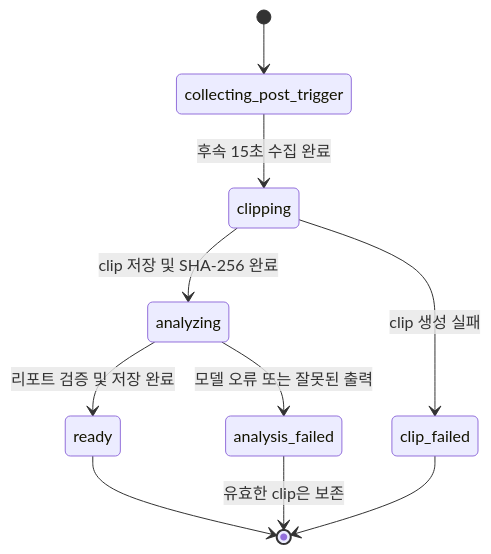
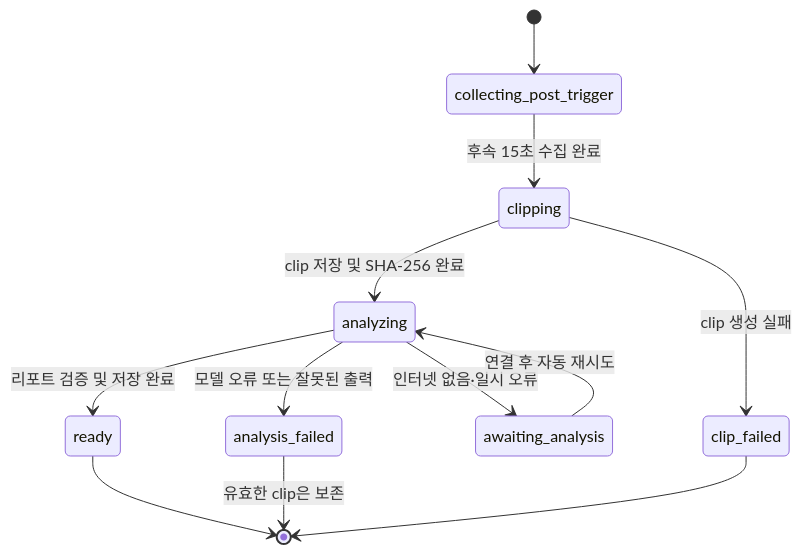
The second of 2 diagrams in README.md (jcmaker/DashPi), drawn with Mermaid before and after one commit. The commit also changed other lines of this file and 3 other files, not shown here.

Commit message:
docs: document AI key setup, awaiting analysis and offline fake model

````diff
--- a/README.md
+++ b/README.md
@@ -94,12 +94,14 @@
 ```mermaid
 stateDiagram-v2
     [*] --> collecting_post_trigger
     collecting_post_trigger --> clipping: 후속 15초 수집 완료
     clipping --> analyzing: clip 저장 및 SHA-256 완료
     clipping --> clip_failed: clip 생성 실패
     analyzing --> ready: 리포트 검증 및 저장 완료
     analyzing --> analysis_failed: 모델 오류 또는 잘못된 출력
+    analyzing --> awaiting_analysis: 인터넷 없음·일시 오류
+    awaiting_analysis --> analyzing: 연결 후 자동 재시도
     ready --> [*]
     analysis_failed --> [*]: 유효한 clip은 보존
     clip_failed --> [*]
 ```
````
